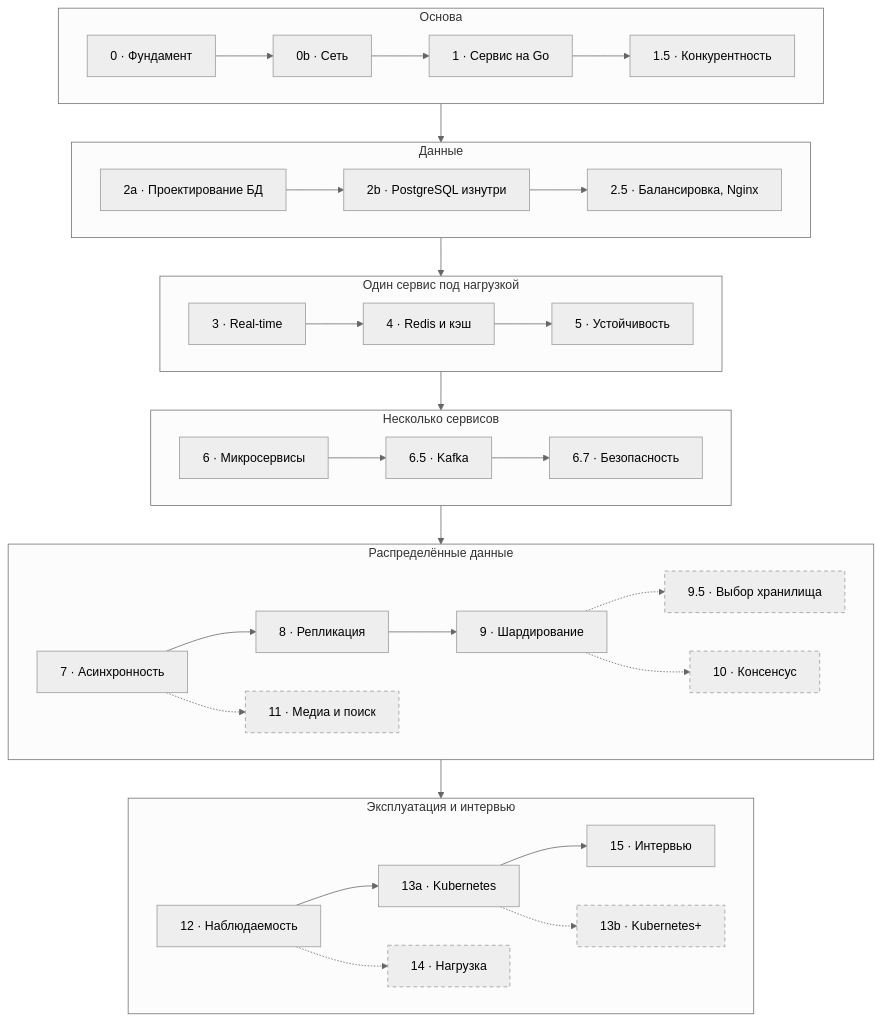
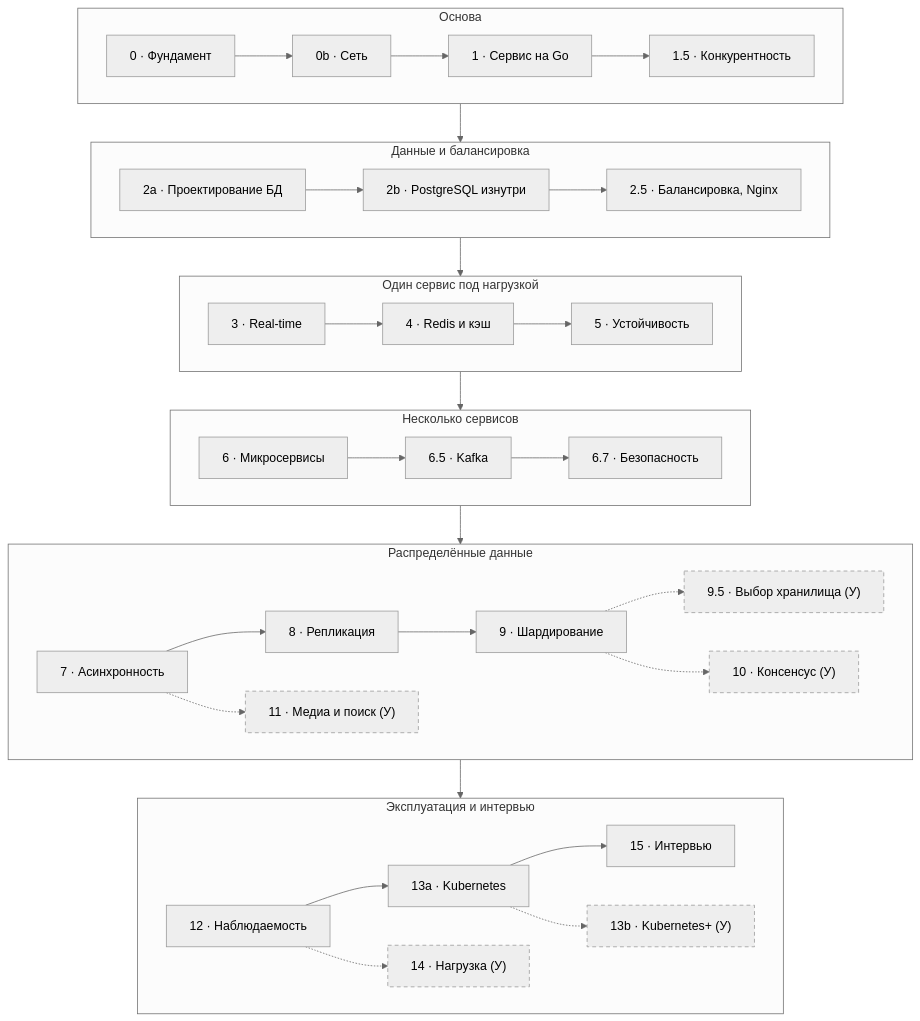
The diagram in course/modules/00-foundation/01-how-to-study.md (fazletdinov/system-desine), drawn with Mermaid (neutral theme) before and after one commit. The commit also changed other lines of this file and 1 other file, not shown here.

Commit message:
fix(course): правки уроков 0.1 и 0.2 по ревью

````diff
--- a/course/modules/00-foundation/01-how-to-study.md
+++ b/course/modules/00-foundation/01-how-to-study.md
@@ -37,35 +37,35 @@
 ```mermaid
 flowchart TB
   subgraph S1["Основа"]
     direction LR
     M0["0 · Фундамент"] --> M0b["0b · Сеть"] --> M1["1 · Сервис на Go"] --> M15["1.5 · Конкурентность"]
   end
-  subgraph S2["Данные"]
+  subgraph S2["Данные и балансировка"]
     direction LR
     M2a["2a · Проектирование БД"] --> M2b["2b · PostgreSQL изнутри"] --> M25["2.5 · Балансировка, Nginx"]
   end
   subgraph S3["Один сервис под нагрузкой"]
     direction LR
     M3["3 · Real-time"] --> M4["4 · Redis и кэш"] --> M5["5 · Устойчивость"]
   end
   subgraph S4["Несколько сервисов"]
     direction LR
     M6["6 · Микросервисы"] --> M65["6.5 · Kafka"] --> M67["6.7 · Безопасность"]
   end
   subgraph S5["Распределённые данные"]
     direction LR
     M7["7 · Асинхронность"] --> M8["8 · Репликация"] --> M9["9 · Шардирование"]
-    M7 -.-> M11["11 · Медиа и поиск"]
-    M9 -.-> M95["9.5 · Выбор хранилища"]
-    M9 -.-> M10["10 · Консенсус"]
+    M7 -.-> M11["11 · Медиа и поиск (У)"]
+    M9 -.-> M95["9.5 · Выбор хранилища (У)"]
+    M9 -.-> M10["10 · Консенсус (У)"]
   end
   subgraph S6["Эксплуатация и интервью"]
     direction LR
     M12["12 · Наблюдаемость"] --> M13a["13a · Kubernetes"] --> M15f["15 · Интервью"]
-    M12 -.-> M14["14 · Нагрузка"]
-    M13a -.-> M13b["13b · Kubernetes+"]
+    M12 -.-> M14["14 · Нагрузка (У)"]
+    M13a -.-> M13b["13b · Kubernetes+ (У)"]
   end
   S1 --> S2 --> S3 --> S4 --> S5 --> S6
   classDef deep stroke-dasharray: 5 4
   class M95,M10,M11,M13b,M14 deep
 ```
````
